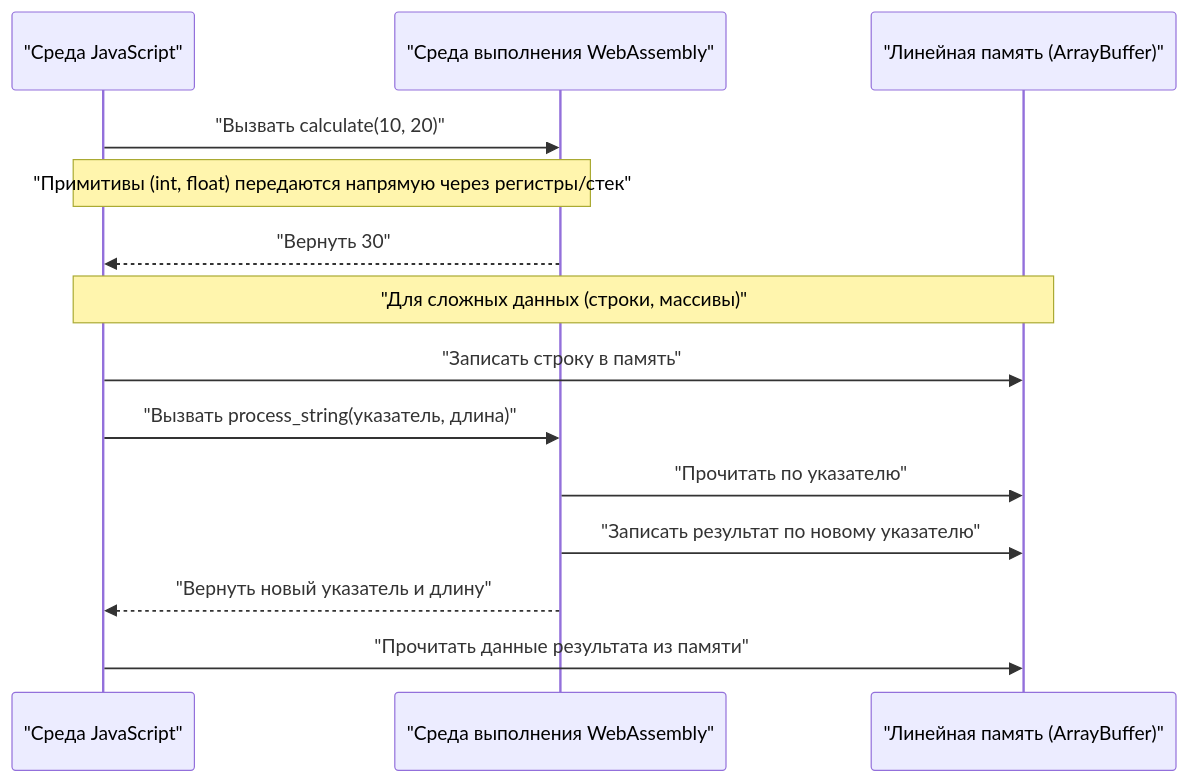
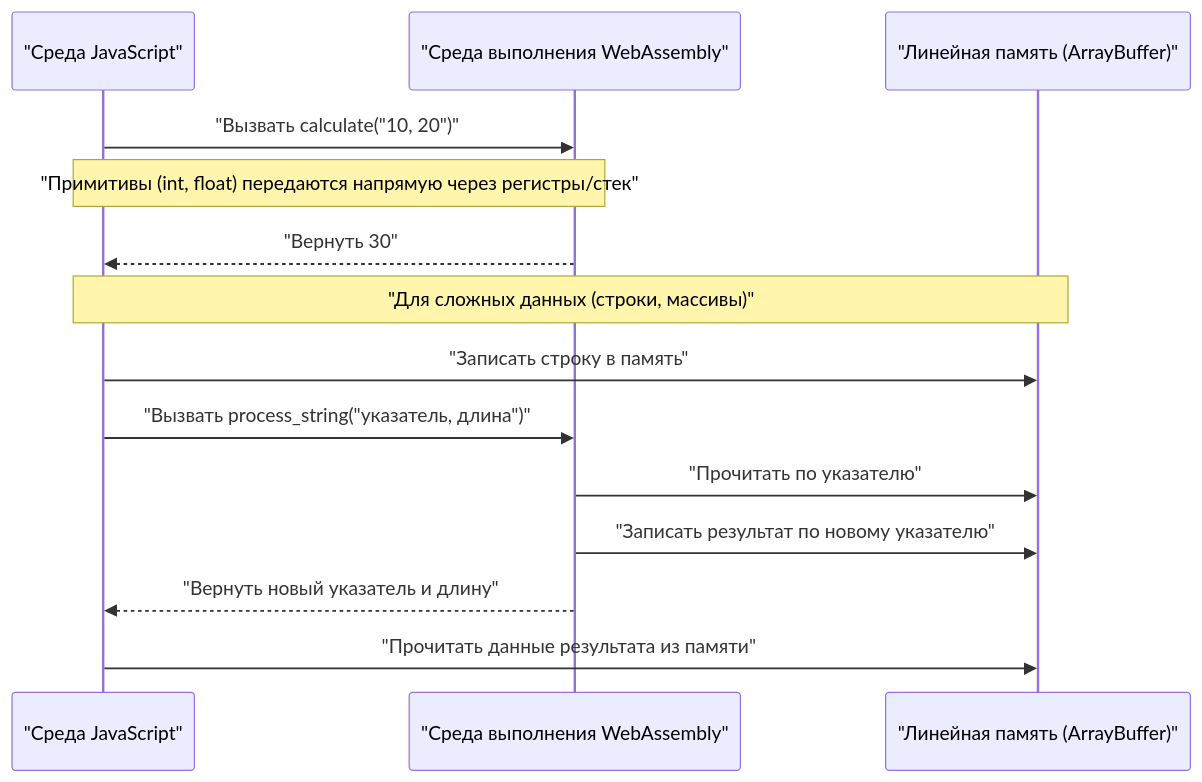
The second of 3 diagrams in content/post/webassembly出力/index.ru.md (kenjinote/blog), drawn with Mermaid before and after one commit. The commit also changed 929 other files, not shown here.

Commit message:
fix: Add double quotes to all Mermaid node texts to resolve syntax errors

````diff
--- a/content/post/webassembly出力/index.ru.md
+++ b/content/post/webassembly出力/index.ru.md
@@ -220,18 +220,18 @@
 ```mermaid
 sequenceDiagram
   participant JS as "Среда JavaScript"
   participant Wasm as "Среда выполнения WebAssembly"
   participant Mem as "Линейная память (ArrayBuffer)"
 
-  JS->>Wasm: "Вызвать calculate(10, 20)"
+  JS->>Wasm: "Вызвать calculate("10, 20")"
   note over JS,Wasm: "Примитивы (int, float) передаются напрямую через регистры/стек"
   Wasm-->>JS: "Вернуть 30"
 
   note over JS, Mem: "Для сложных данных (строки, массивы)"
   JS->>Mem: "Записать строку в память"
-  JS->>Wasm: "Вызвать process_string(указатель, длина)"
+  JS->>Wasm: "Вызвать process_string("указатель, длина")"
   Wasm->>Mem: "Прочитать по указателю"
   Wasm->>Mem: "Записать результат по новому указателю"
   Wasm-->>JS: "Вернуть новый указатель и длину"
   JS->>Mem: "Прочитать данные результата из памяти"
 ```
````
